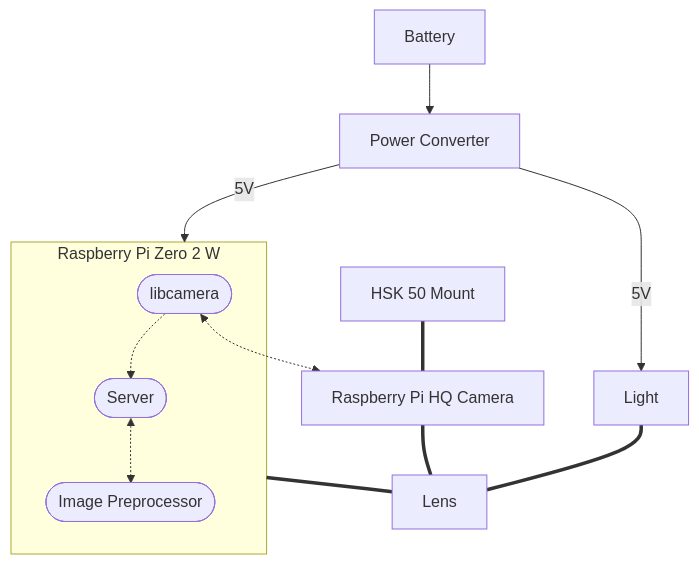
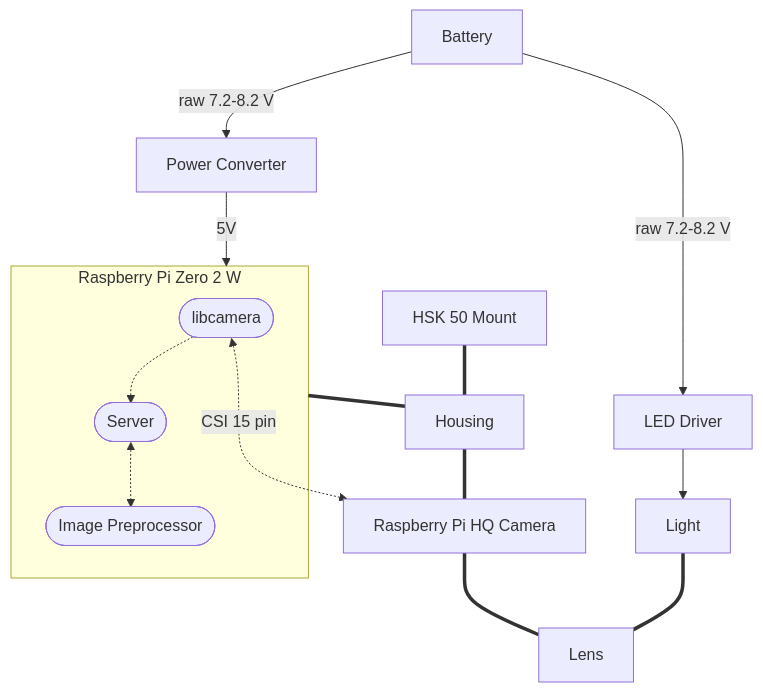
Before and after one commit to Limespy/cnc-microscope: the third of 3 diagrams in README.md, drawn with Mermaid. The commit also changed other lines of this file and 4 other files, not shown here.

````diff
--- a/README.md
+++ b/README.md
@@ -268,33 +272,38 @@
 ```mermaid
 
 flowchart TD
 
 
   power_supply[Power Converter]
   raspi[Raspberry Pi Zero 2 W]
+  LED_driver[LED Driver]
   light[Light]
   battery[Battery]
   camera[Raspberry Pi HQ Camera]
+  housing[Housing]
   mount[HSK 50 Mount]
   lens[Lens]
 
-  mount === camera
-  battery-->power_supply
-  power_supply--> | 5V |raspi
+  mount === housing
+  housing === camera
+  battery --> | raw 7.2-8.2 V | LED_driver
+  LED_driver --> light
+
+  battery--> | raw 7.2-8.2 V | power_supply
+  power_supply--> | 5V | raspi
   camera === lens
-  power_supply --> | 5V | light
 
   light === lens
 
   subgraph raspi [Raspberry Pi Zero 2 W]
     libcamera([libcamera])
     server([Server])
     preprocessor([Image Preprocessor])
     libcamera -.-> server
     server <-.-> preprocessor
   end
 
-  raspi === lens
-  libcamera<-.->camera
+  raspi === housing
+  libcamera<-.-> |CSI 15 pin| camera
 
 ```
````
